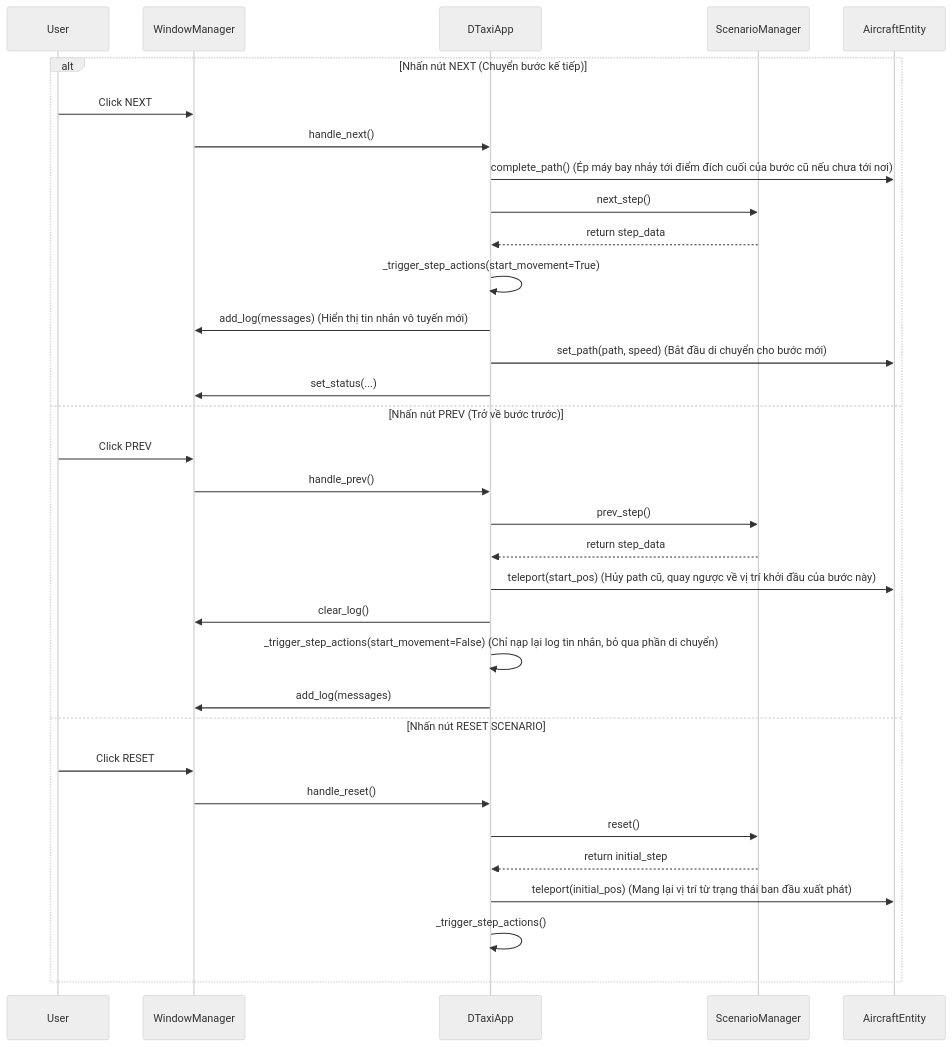
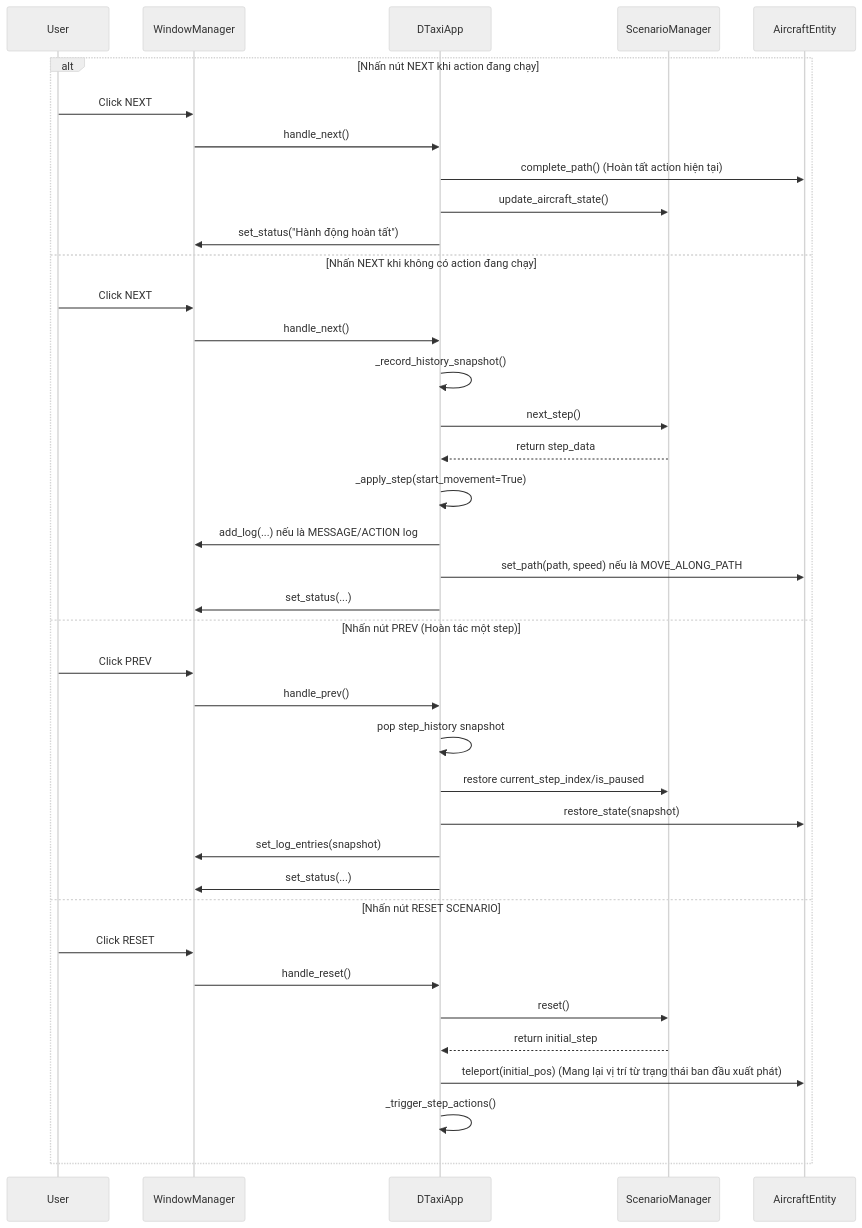
Before and after one commit to nguyenhoclaptrinh/DTaxi-airport-v3-public: the fourth of 4 diagrams in docs/antigravity/030-Design/Execution-Flow.md, drawn with Mermaid (neutral theme). The commit also changed other lines of this file and 14 other files, not shown here.

````diff
--- a/docs/antigravity/030-Design/Execution-Flow.md
+++ b/docs/antigravity/030-Design/Execution-Flow.md
@@ -87,38 +88,44 @@
 ```mermaid
 sequenceDiagram
     participant User
     participant WM as WindowManager
     participant App as DTaxiApp
     participant SM as ScenarioManager
     participant Entity as AircraftEntity
 
-    alt Nhấn nút NEXT (Chuyển bước kế tiếp)
+    alt Nhấn nút NEXT khi action đang chạy
         User->>WM: Click NEXT
         WM->>App: handle_next()
-        App->>Entity: complete_path() (Ép máy bay nhảy tới điểm đích cuối của bước cũ nếu chưa tới nơi)
+        App->>Entity: complete_path() (Hoàn tất action hiện tại)
+        App->>SM: update_aircraft_state()
+        App->>WM: set_status("Hành động hoàn tất")
+
+    else Nhấn NEXT khi không có action đang chạy
+        User->>WM: Click NEXT
+        WM->>App: handle_next()
+        App->>App: _record_history_snapshot()
         App->>SM: next_step()
         SM-->>App: return step_data
-        App->>App: _trigger_step_actions(start_movement=True)
-        App->>WM: add_log(messages) (Hiển thị tin nhắn vô tuyến mới)
-        App->>Entity: set_path(path, speed) (Bắt đầu di chuyển cho bước mới)
+        App->>App: _apply_step(start_movement=True)
+        App->>WM: add_log(...) nếu là MESSAGE/ACTION log
+        App->>Entity: set_path(path, speed) nếu là MOVE_ALONG_PATH
         App->>WM: set_status(...)
         
-    else Nhấn nút PREV (Trở về bước trước)
+    else Nhấn nút PREV (Hoàn tác một step)
         User->>WM: Click PREV
         WM->>App: handle_prev()
-        App->>SM: prev_step()
-        SM-->>App: return step_data
-        App->>Entity: teleport(start_pos) (Hủy path cũ, quay ngược về vị trí khởi đầu của bước này)
-        App->>WM: clear_log()
-        App->>App: _trigger_step_actions(start_movement=False) (Chỉ nạp lại log tin nhắn, bỏ qua phần di chuyển)
-        App->>WM: add_log(messages)
+        App->>App: pop step_history snapshot
+        App->>SM: restore current_step_index/is_paused
+        App->>Entity: restore_state(snapshot)
+        App->>WM: set_log_entries(snapshot)
+        App->>WM: set_status(...)
         
     else Nhấn nút RESET SCENARIO
         User->>WM: Click RESET
         WM->>App: handle_reset()
         App->>SM: reset()
         SM-->>App: return initial_step
         App->>Entity: teleport(initial_pos) (Mang lại vị trí từ trạng thái ban đầu xuất phát)
         App->>App: _trigger_step_actions()
     end
 ```
````
